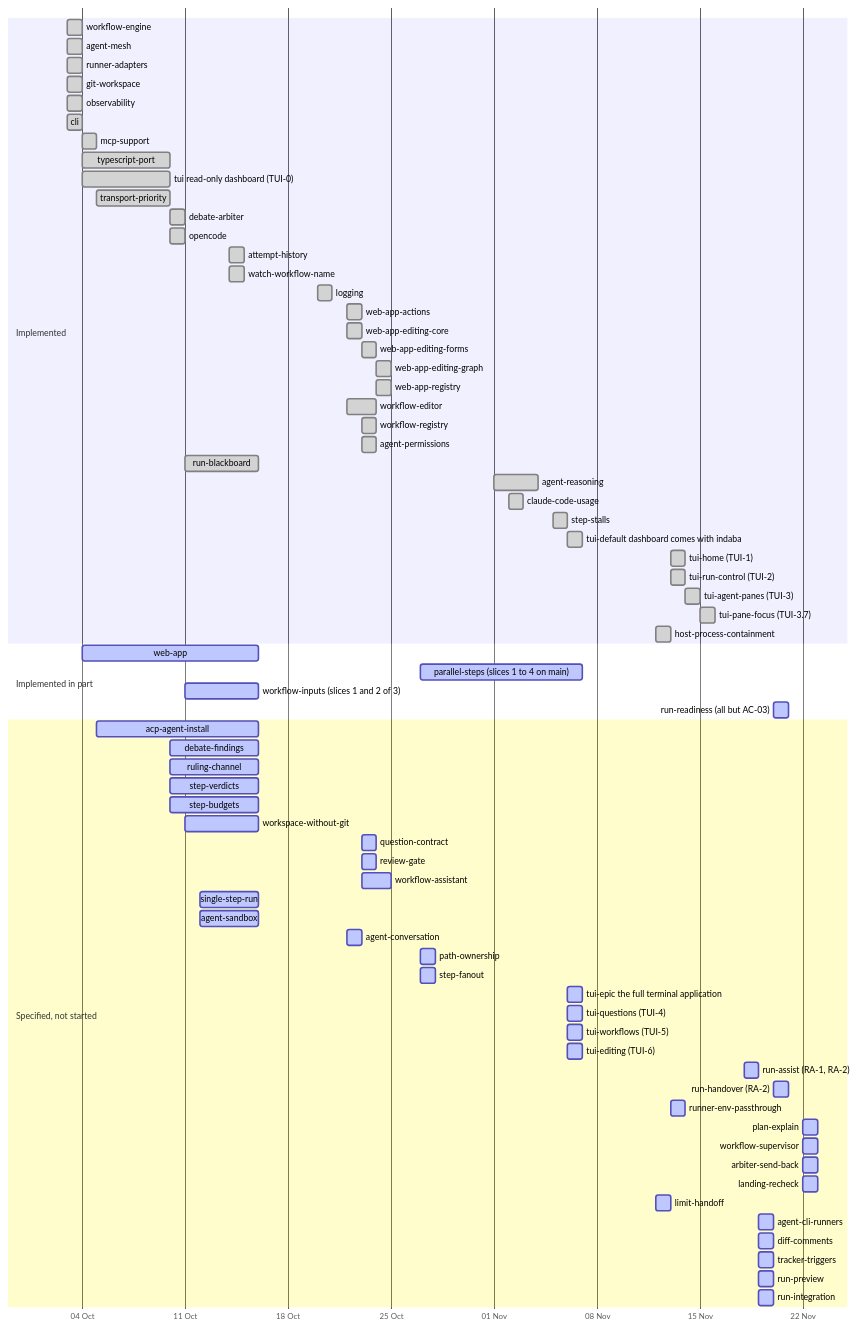
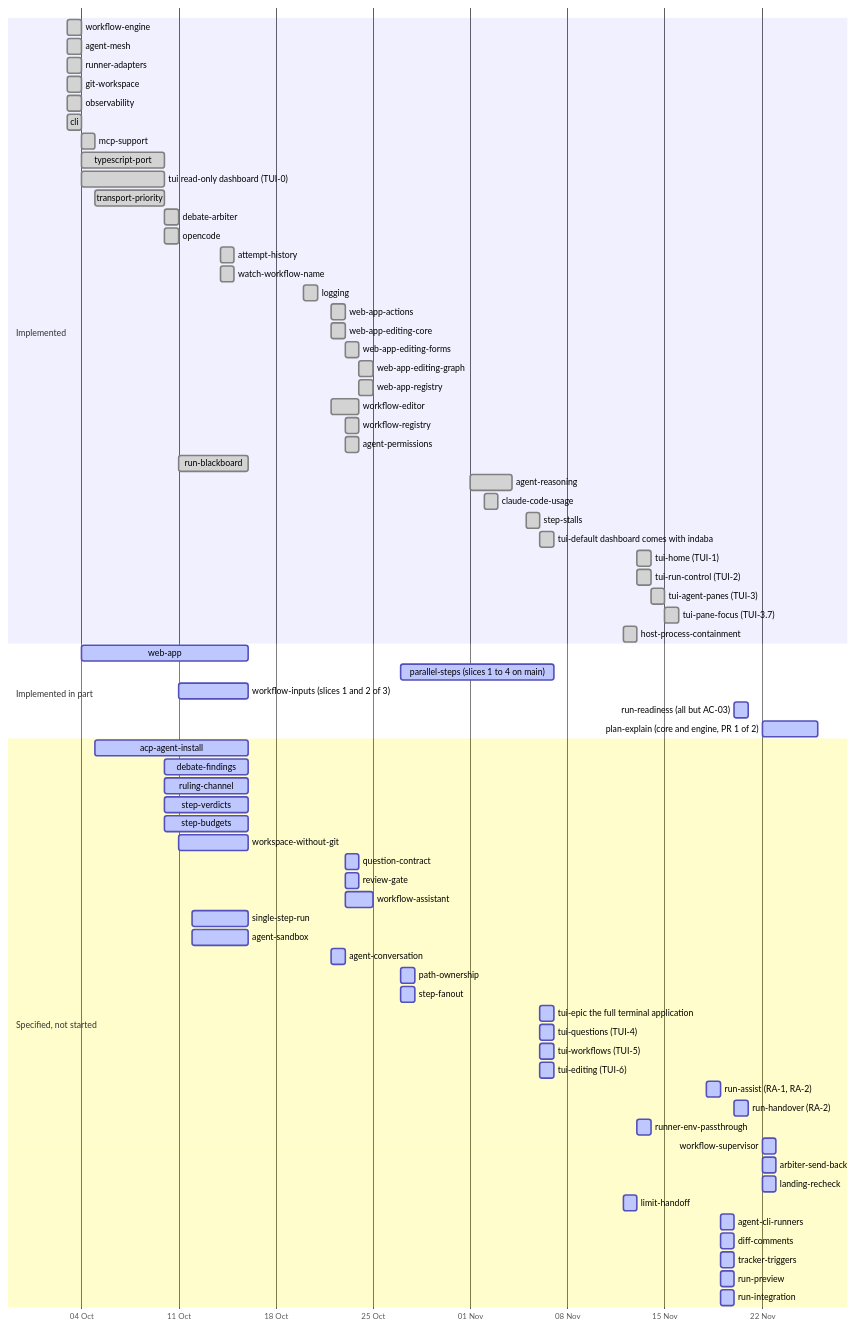
The second of 5 diagrams in specs/DEPENDENCY_MAP.md (yaotzin1/indaba), drawn with Mermaid before and after one commit. The commit also changed other lines of this file and 13 other files, not shown here.

First line of the commit message:
feat(plan-explain): the pure explanation and the origins reader (T-01 to T-09) (#171)

````diff
--- a/specs/DEPENDENCY_MAP.md
+++ b/specs/DEPENDENCY_MAP.md
@@ -73,76 +73,76 @@
 ```mermaid
 gantt
     dateFormat YYYY-MM-DD
     axisFormat %d %b
     section Implemented
     workflow-engine        :done, 2026-10-03, 2026-10-04
     agent-mesh             :done, 2026-10-03, 2026-10-04
     runner-adapters        :done, 2026-10-03, 2026-10-04
     git-workspace          :done, 2026-10-03, 2026-10-04
     observability          :done, 2026-10-03, 2026-10-04
     cli                    :done, 2026-10-03, 2026-10-04
     mcp-support            :done, 2026-10-04, 1d
     typescript-port        :done, 2026-10-04, 2026-10-10
     tui read-only dashboard (TUI-0) :done, 2026-10-04, 2026-10-10
     transport-priority     :done, 2026-10-05, 2026-10-10
     debate-arbiter         :done, 2026-10-10, 1d
     opencode               :done, 2026-10-10, 1d
     attempt-history        :done, 2026-10-14, 1d
     watch-workflow-name    :done, 2026-10-14, 1d
     logging                :done, 2026-10-20, 2026-10-21
     web-app-actions        :done, 2026-10-22, 1d
     web-app-editing-core   :done, 2026-10-22, 1d
     web-app-editing-forms  :done, 2026-10-23, 1d
     web-app-editing-graph  :done, 2026-10-24, 1d
     web-app-registry       :done, 2026-10-24, 1d
     workflow-editor        :done, 2026-10-22, 2d
     workflow-registry      :done, 2026-10-23, 1d
     agent-permissions      :done, 2026-10-23, 2026-10-24
     run-blackboard         :done, 2026-10-11, 2026-10-16
     agent-reasoning        :done, 2026-11-01, 2026-11-04
     claude-code-usage      :done, 2026-11-02, 1d
     step-stalls            :done, 2026-11-05, 2026-11-06
     tui-default dashboard comes with indaba :done, 2026-11-06, 1d
     tui-home (TUI-1)       :done, 2026-11-13, 1d
     tui-run-control (TUI-2) :done, 2026-11-13, 1d
     tui-agent-panes (TUI-3) :done, 2026-11-14, 1d
     tui-pane-focus (TUI-3.7) :done, 2026-11-15, 1d
     host-process-containment :done, 2026-11-12, 1d
     section Implemented in part
     web-app                :active, 2026-10-04, 2026-10-16
     parallel-steps (slices 1 to 4 on main) :active, 2026-10-27, 2026-11-07
     workflow-inputs (slices 1 and 2 of 3) :active, 2026-10-11, 2026-10-16
     run-readiness (all but AC-03) :active, 2026-11-20, 1d
+    plan-explain (core and engine, PR 1 of 2) :active, 2026-11-22, 2026-11-26
     section Specified, not started
     acp-agent-install      :active, 2026-10-05, 2026-10-16
     debate-findings        :active, 2026-10-10, 2026-10-16
     ruling-channel         :active, 2026-10-10, 2026-10-16
     step-verdicts          :active, 2026-10-10, 2026-10-16
     step-budgets           :active, 2026-10-10, 2026-10-16
     workspace-without-git  :active, 2026-10-11, 2026-10-16
     question-contract      :active, 2026-10-23, 2026-10-24
     review-gate            :active, 2026-10-23, 2026-10-24
     workflow-assistant     :active, 2026-10-23, 2026-10-25
     single-step-run        :active, 2026-10-12, 2026-10-16
     agent-sandbox          :active, 2026-10-12, 2026-10-16
     agent-conversation     :active, 2026-10-22, 2026-10-23
     path-ownership         :active, 2026-10-27, 1d
     step-fanout            :active, 2026-10-27, 1d
     tui-epic the full terminal application :active, 2026-11-06, 1d
     tui-questions (TUI-4)  :active, 2026-11-06, 1d
     tui-workflows (TUI-5)  :active, 2026-11-06, 1d
     tui-editing (TUI-6)    :active, 2026-11-06, 1d
     run-assist (RA-1, RA-2) :active, 2026-11-18, 1d
     run-handover (RA-2)    :active, 2026-11-20, 1d
     runner-env-passthrough :active, 2026-11-13, 1d
-    plan-explain             :active, 2026-11-22, 1d
     workflow-supervisor      :active, 2026-11-22, 1d
     arbiter-send-back        :active, 2026-11-22, 1d
     landing-recheck          :active, 2026-11-22, 1d
     limit-handoff            :active, 2026-11-12, 1d
     agent-cli-runners        :active, 2026-11-19, 1d
     diff-comments            :active, 2026-11-19, 1d
     tracker-triggers         :active, 2026-11-19, 1d
     run-preview              :active, 2026-11-19, 1d
     run-integration          :active, 2026-11-19, 1d
 ```
````
